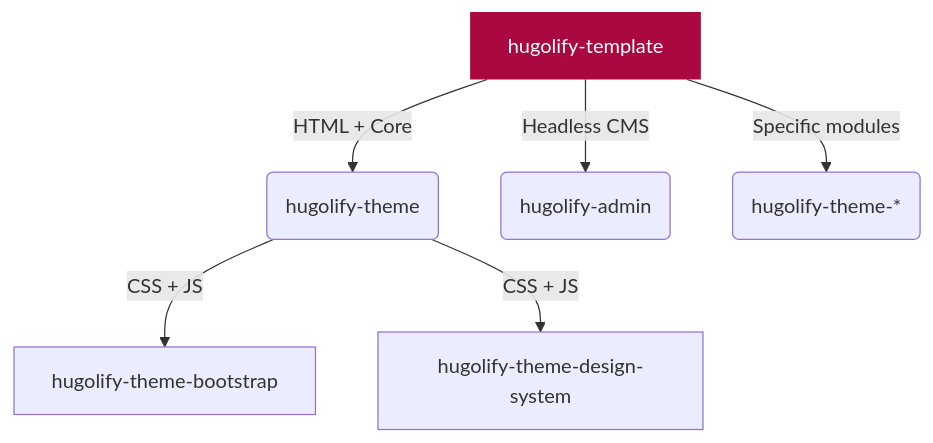
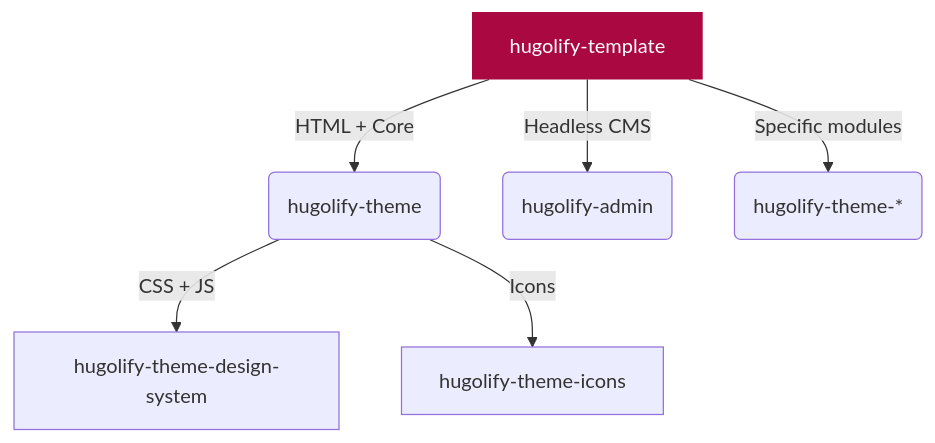
The diagram in content/docs/getting-started/install.md (sebousan/hugolify-www), drawn with Mermaid before and after one commit.

Commit message:
feat: add installation guide documentation

```diff
--- a/content/docs/getting-started/install.md
+++ b/content/docs/getting-started/install.md
@@ -10,9 +10,9 @@
 {{< mermaid >}}
 flowchart TD
     A[hugolify-template] -->|HTML + Core| B(hugolify-theme)
     A[hugolify-template] -->|Headless CMS| C(hugolify-admin )
     A[hugolify-template] -->|Specific modules| X(hugolify-theme-*)
-    B --> |CSS + JS| B1[hugolify-theme-bootstrap]
-    B --> |CSS + JS| B2[hugolify-theme-design-system]
+    B --> |CSS + JS| B1[hugolify-theme-design-system]
+    B --> |Icons| B2[hugolify-theme-icons]
     style A fill:#A90940,color:#fff,stroke:none
 {{< /mermaid >}}
```
